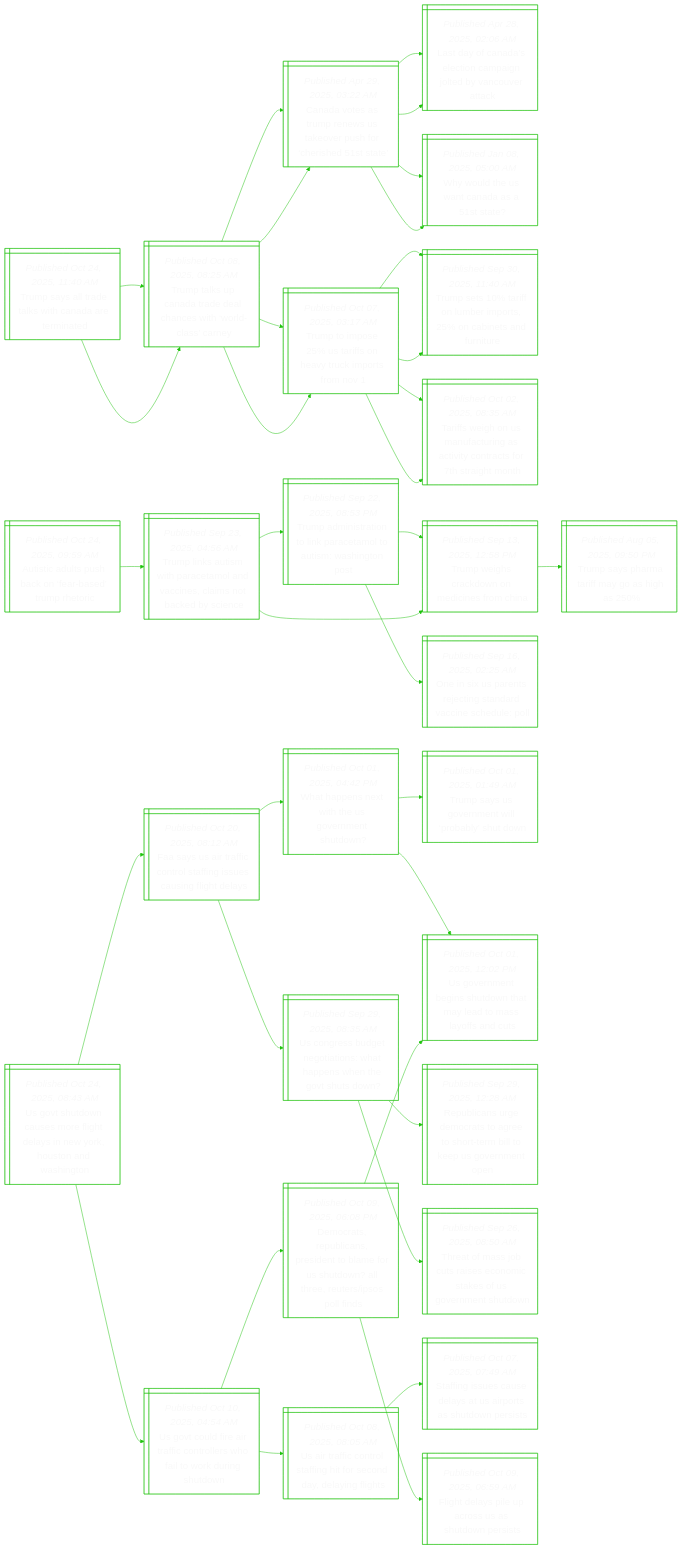
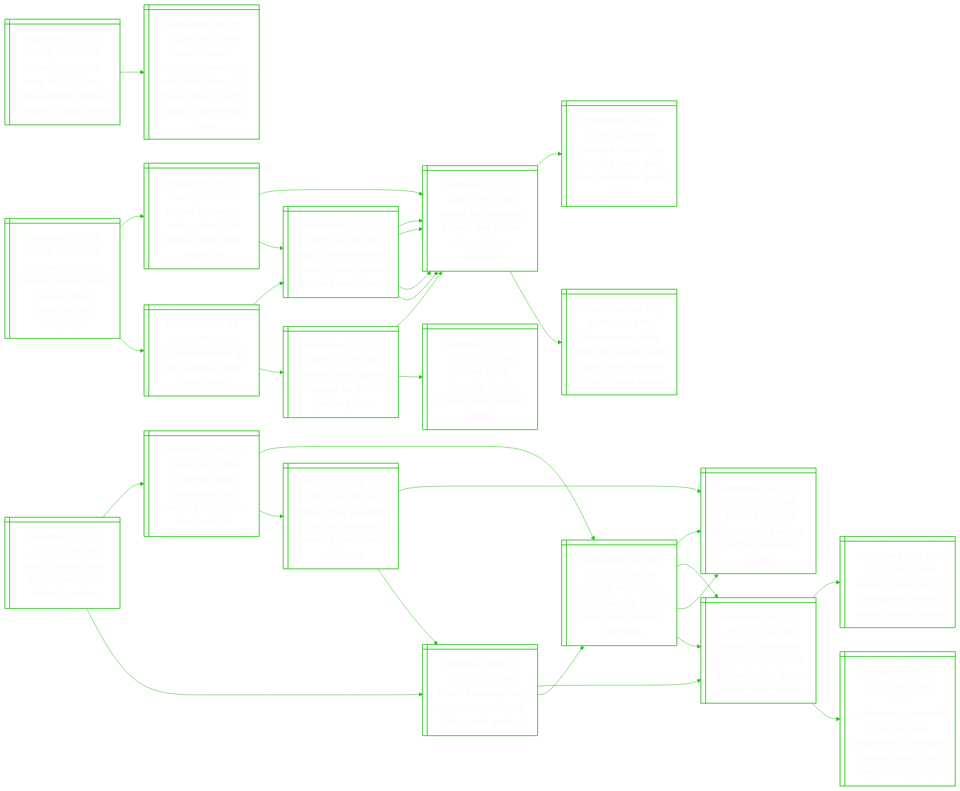
Before and after one commit to notJmes/notJmes: the diagram in README.md, drawn with Mermaid. The commit also changed other lines of this file, not shown here.

````diff
--- a/README.md
+++ b/README.md
@@ -16,115 +16,103 @@
 flowchart LR
 classDef txtsize font-size:20px;
 
-Tsldkhdtn@{ shape: win-pane, label: "_Published Oct 24, 2025, 11:40 AM_
-Trump says all trade talks with canada are terminated" }
-Ttuaaanirar@{ shape: win-pane, label: "_Published Oct 08, 2025, 08:25 AM_
-Trump talks up canada trade deal chances with ‘world-class’ carney" }
-CasunSourist@{ shape: win-pane, label: "_Published Apr 29, 2025, 03:22 AM_
-Canada votes as trump renews us takeover push for ‘cherished 51st state’" }
-LaastagtVut@{ shape: win-pane, label: "_Published Apr 28, 2025, 02:06 AM_
-Last day of canada’s election campaign jolted by vancouver attack" }
-Wuenaaa@{ shape: win-pane, label: "_Published Jan 08, 2025, 05:00 AM_
-Why would the us want canada as a 51st state?" }
-TtotfermsN@{ shape: win-pane, label: "_Published Oct 07, 2025, 03:17 AM_
-Trump to impose 25% us tariffs on heavy truck imports from nov 1" }
-Tsaobpoiarr@{ shape: win-pane, label: "_Published Sep 30, 2025, 11:40 AM_
-Trump sets 10% tariff on lumber imports, 25% on cabinets and furniture" }
-TfgSfrsvocrrth@{ shape: win-pane, label: "_Published Oct 02, 2025, 08:35 AM_
-Tariffs weigh on us manufacturing as activity contracts for 7th straight month" }
-Ttuaaanirar@{ shape: win-pane, label: "_Published Oct 08, 2025, 08:25 AM_
-Trump talks up canada trade deal chances with ‘world-class’ carney" }
-CasunSourist@{ shape: win-pane, label: "_Published Apr 29, 2025, 03:22 AM_
-Canada votes as trump renews us takeover push for ‘cherished 51st state’" }
-LaastagtVut@{ shape: win-pane, label: "_Published Apr 28, 2025, 02:06 AM_
-Last day of canada’s election campaign jolted by vancouver attack" }
-Wuenaaa@{ shape: win-pane, label: "_Published Jan 08, 2025, 05:00 AM_
-Why would the us want canada as a 51st state?" }
-TtotfermsN@{ shape: win-pane, label: "_Published Oct 07, 2025, 03:17 AM_
-Trump to impose 25% us tariffs on heavy truck imports from nov 1" }
-Tsaobpoiarr@{ shape: win-pane, label: "_Published Sep 30, 2025, 11:40 AM_
-Trump sets 10% tariff on lumber imports, 25% on cabinets and furniture" }
-TfgSfrsvocrrth@{ shape: win-pane, label: "_Published Oct 02, 2025, 08:35 AM_
-Tariffs weigh on us manufacturing as activity contracts for 7th straight month" }
+Bsorflafns@{ shape: win-pane, label: "_Published Oct 24, 2025, 03:35 PM_
+British labour party suffers landmark defeat in wales" }
+AornnSevehet@{ shape: win-pane, label: "_Published Sep 29, 2025, 06:03 PM_
+At labour party conference, pm starmer’s rival steals the limelight" }
+Fedrhtftruon@{ shape: win-pane, label: "_Published Sep 26, 2025, 05:34 PM_
+Farage would win british election if held tomorrow, yougov poll finds" }
+Biptrtdordr@{ shape: win-pane, label: "_Published Sep 22, 2025, 09:06 PM_
+Britain’s populist reform party pledges tougher residency rules" }
+BinumogIwrellgo@{ shape: win-pane, label: "_Published Sep 26, 2025, 02:42 PM_
+Britain to introduce compulsory digital id for workers to deter illegal immigration" }
+Biteemnepnen@{ shape: win-pane, label: "_Published Sep 29, 2025, 05:38 AM_
+Britain may toughen rules for migrants seeking permanent residency" }
+Biptrtdordr@{ shape: win-pane, label: "_Published Sep 22, 2025, 09:06 PM_
+Britain’s populist reform party pledges tougher residency rules" }
+Biacotnnpln@{ shape: win-pane, label: "_Published Sep 28, 2025, 06:13 PM_
+Britain’s starmer calls on party to unite and ‘stop navel-gazing’" }
+Biacotnnpln@{ shape: win-pane, label: "_Published Sep 28, 2025, 06:13 PM_
+Britain’s starmer calls on party to unite and ‘stop navel-gazing’" }
+BinumogIwrellgo@{ shape: win-pane, label: "_Published Sep 26, 2025, 02:42 PM_
+Britain to introduce compulsory digital id for workers to deter illegal immigration" }
+Bisictotmho@{ shape: win-pane, label: "_Published Aug 24, 2025, 09:45 AM_
+Britain’s mass facial recognition roll-out alarms rights groups" }
+ThnealmeEerdnrnt@{ shape: win-pane, label: "_Published Jun 12, 2025, 06:20 PM_
+The schengen agreement at 40: will free movement in europe endure amid rising migrant antipathy?" }
+Fedrhtftruon@{ shape: win-pane, label: "_Published Sep 26, 2025, 05:34 PM_
+Farage would win british election if held tomorrow, yougov poll finds" }
+Biptrtdordr@{ shape: win-pane, label: "_Published Sep 22, 2025, 09:06 PM_
+Britain’s populist reform party pledges tougher residency rules" }
+BinumogIwrellgo@{ shape: win-pane, label: "_Published Sep 26, 2025, 02:42 PM_
+Britain to introduce compulsory digital id for workers to deter illegal immigration" }
 
-Tsldkhdtn:::txtsize --> Ttuaaanirar:::txtsize
-Ttuaaanirar:::txtsize --> CasunSourist:::txtsize
-CasunSourist:::txtsize --> LaastagtVut:::txtsize
-CasunSourist:::txtsize --> Wuenaaa:::txtsize
-Ttuaaanirar:::txtsize --> TtotfermsN:::txtsize
-TtotfermsN:::txtsize --> Tsaobpoiarr:::txtsize
-TtotfermsN:::txtsize --> TfgSfrsvocrrth:::txtsize
-Tsldkhdtn:::txtsize --> Ttuaaanirar:::txtsize
-Ttuaaanirar:::txtsize --> CasunSourist:::txtsize
-CasunSourist:::txtsize --> LaastagtVut:::txtsize
-CasunSourist:::txtsize --> Wuenaaa:::txtsize
-Ttuaaanirar:::txtsize --> TtotfermsN:::txtsize
-TtotfermsN:::txtsize --> Tsaobpoiarr:::txtsize
-TtotfermsN:::txtsize --> TfgSfrsvocrrth:::txtsize
+Bsorflafns:::txtsize --> AornnSevehet:::txtsize
+AornnSevehet:::txtsize --> Fedrhtftruon:::txtsize
+Fedrhtftruon:::txtsize --> Biptrtdordr:::txtsize
+Fedrhtftruon:::txtsize --> BinumogIwrellgo:::txtsize
+AornnSevehet:::txtsize --> Biteemnepnen:::txtsize
+Biteemnepnen:::txtsize --> Biptrtdordr:::txtsize
+Biteemnepnen:::txtsize --> Biacotnnpln:::txtsize
+Bsorflafns:::txtsize --> Biacotnnpln:::txtsize
+Biacotnnpln:::txtsize --> BinumogIwrellgo:::txtsize
+BinumogIwrellgo:::txtsize --> Bisictotmho:::txtsize
+BinumogIwrellgo:::txtsize --> ThnealmeEerdnrnt:::txtsize
+Biacotnnpln:::txtsize --> Fedrhtftruon:::txtsize
+Fedrhtftruon:::txtsize --> Biptrtdordr:::txtsize
+Fedrhtftruon:::txtsize --> BinumogIwrellgo:::txtsize
 
-Atuucesuec@{ shape: win-pane, label: "_Published Oct 24, 2025, 09:59 AM_
-Autistic adults push back on ‘fear-based’ trump rhetoric" }
-Tlampelaeitece@{ shape: win-pane, label: "_Published Sep 23, 2025, 04:56 AM_
-Trump links autism with paracetamol and vaccines, claims not backed by science" }
-Taitopeltago@{ shape: win-pane, label: "_Published Sep 22, 2025, 08:53 PM_
-Trump administration to link paracetamol to autism: washington post" }
-TwskoisC@{ shape: win-pane, label: "_Published Sep 13, 2025, 12:58 PM_
-Trump weighs crackdown on medicines from china" }
-Osptegdaedo@{ shape: win-pane, label: "_Published Sep 16, 2025, 02:25 AM_
-One in six us parents rejecting standard vaccine schedule: poll" }
-TwskoisC@{ shape: win-pane, label: "_Published Sep 13, 2025, 12:58 PM_
-Trump weighs crackdown on medicines from china" }
-Tshtfog@{ shape: win-pane, label: "_Published Aug 05, 2025, 09:50 PM_
-Trump says pharma tariff may go as high as 250%" }
+Gnerswwulss@{ shape: win-pane, label: "_Published Oct 24, 2025, 01:40 PM_
+German mothers earn $45,000 less than women without children, study shows" }
+Gurgerketymuawr@{ shape: win-pane, label: "_Published Oct 05, 2024, 10:00 AM_
+Gen z mumz: forgoing careers to raise kids before 30, these young mums buck a nationwide trend" }
 
-Atuucesuec:::txtsize --> Tlampelaeitece:::txtsize
-Tlampelaeitece:::txtsize --> Taitopeltago:::txtsize
-Taitopeltago:::txtsize --> TwskoisC:::txtsize
-Taitopeltago:::txtsize --> Osptegdaedo:::txtsize
-Tlampelaeitece:::txtsize --> TwskoisC:::txtsize
-TwskoisC:::txtsize --> Tshtfog:::txtsize
+Gnerswwulss:::txtsize --> Gurgerketymuawr:::txtsize
 
-UtdamldswHoWn@{ shape: win-pane, label: "_Published Oct 24, 2025, 08:43 AM_
-Us govt shutdown causes more flight delays in new york, houston and washington" }
-Fyifolfscngl@{ shape: win-pane, label: "_Published Oct 20, 2025, 08:12 AM_
-Faa says us air traffic control staffing issues causing flight delays" }
-Waswhomhw@{ shape: win-pane, label: "_Published Oct 01, 2025, 04:42 PM_
-What happens next with the us government shutdown?" }
-TsSrtpbun@{ shape: win-pane, label: "_Published Oct 01, 2025, 01:49 AM_
-Trump says us government will ‘probably’ shut down" }
-Ueniunmaayat@{ shape: win-pane, label: "_Published Oct 01, 2025, 12:02 PM_
-Us government begins shutdown that may lead to mass layoffs and cuts" }
-Ugbttoaphesd@{ shape: win-pane, label: "_Published Sep 29, 2025, 08:35 AM_
-Us congress budget negotiations: what happens when the govt shuts down?" }
-RlsDroeorleomp@{ shape: win-pane, label: "_Published Sep 29, 2025, 12:28 AM_
-Republicans urge democrats to agree to short-term bill to keep us government open" }
-Ttscaemafveun@{ shape: win-pane, label: "_Published Sep 26, 2025, 08:50 AM_
-Threat of mass job cuts raises economic stakes of us government shutdown" }
-Utdaacosawuso@{ shape: win-pane, label: "_Published Oct 10, 2025, 04:54 AM_
-Us govt could fire air traffic controllers who fail to work during shutdown" }
-Utittnfcaaft@{ shape: win-pane, label: "_Published Oct 08, 2025, 08:05 AM_
-Us air traffic control staffing hit for second day, delaying flights" }
-Sisaeaithws@{ shape: win-pane, label: "_Published Oct 07, 2025, 07:49 AM_
-Staffing issues cause delays at us airports as shutdown persists" }
-DreipdoeSdletpon@{ shape: win-pane, label: "_Published Oct 09, 2025, 06:08 PM_
-Democrats, republicans, president to blame for us shutdown? all three, reuters/ipsos poll finds" }
-Ueniunmaayat@{ shape: win-pane, label: "_Published Oct 01, 2025, 12:02 PM_
-Us government begins shutdown that may lead to mass layoffs and cuts" }
-FtyerSuni@{ shape: win-pane, label: "_Published Oct 09, 2025, 06:59 AM_
-Flight delays pile up across us as shutdown persists" }
+Gnahrieohlhci@{ shape: win-pane, label: "_Published Oct 24, 2025, 01:32 PM_
+German company behind truck-lift used in louvre heist launches ad campaign" }
+LeePOhretmu@{ shape: win-pane, label: "_Published Oct 20, 2025, 01:01 AM_
+Louvre robbery in paris: other high-profile heists from museums" }
+Ptineluiisey@{ shape: win-pane, label: "_Published Oct 19, 2025, 05:51 PM_
+Power tool-wielding thieves flee louvre with ‘priceless’ jewellery" }
+GpboiPoidaes@{ shape: win-pane, label: "_Published Apr 28, 2025, 01:06 PM_
+‘grandpa robbers’ go on trial in paris over kim kardashian jewel heist" }
+Gpssofemmnsrt@{ shape: win-pane, label: "_Published Jun 02, 2025, 11:15 PM_
+Greenpeace steals $59,000 macron wax figure from museum for anti-russia protest" }
+PLeubhwitea@{ shape: win-pane, label: "_Published Oct 20, 2025, 02:36 AM_
+Paris’ louvre museum robbery: what jewels did the thieves steal?" }
+Ptineluiisey@{ shape: win-pane, label: "_Published Oct 19, 2025, 05:51 PM_
+Power tool-wielding thieves flee louvre with ‘priceless’ jewellery" }
+Ptineluiisey@{ shape: win-pane, label: "_Published Oct 19, 2025, 05:51 PM_
+Power tool-wielding thieves flee louvre with ‘priceless’ jewellery" }
+FeiDmaLet@{ shape: win-pane, label: "_Published Oct 24, 2025, 08:11 AM_
+France examining dna samples after louvre heist" }
+PLeubhwitea@{ shape: win-pane, label: "_Published Oct 20, 2025, 02:36 AM_
+Paris’ louvre museum robbery: what jewels did the thieves steal?" }
+Ptineluiisey@{ shape: win-pane, label: "_Published Oct 19, 2025, 05:51 PM_
+Power tool-wielding thieves flee louvre with ‘priceless’ jewellery" }
+Ptineluiisey@{ shape: win-pane, label: "_Published Oct 19, 2025, 05:51 PM_
+Power tool-wielding thieves flee louvre with ‘priceless’ jewellery" }
+LefeVfeei@{ shape: win-pane, label: "_Published Oct 23, 2025, 12:47 AM_
+Louvre chief blames cctv gaps for $130m jewellery heist" }
+Ptineluiisey@{ shape: win-pane, label: "_Published Oct 19, 2025, 05:51 PM_
+Power tool-wielding thieves flee louvre with ‘priceless’ jewellery" }
+LesuFhnlib@{ shape: win-pane, label: "_Published Oct 22, 2025, 09:30 AM_
+Louvre tours featuring french crown jewels now in doubt" }
 
-UtdamldswHoWn:::txtsize --> Fyifolfscngl:::txtsize
-Fyifolfscngl:::txtsize --> Waswhomhw:::txtsize
-Waswhomhw:::txtsize --> TsSrtpbun:::txtsize
-Waswhomhw:::txtsize --> Ueniunmaayat:::txtsize
-Fyifolfscngl:::txtsize --> Ugbttoaphesd:::txtsize
-Ugbttoaphesd:::txtsize --> RlsDroeorleomp:::txtsize
-Ugbttoaphesd:::txtsize --> Ttscaemafveun:::txtsize
-UtdamldswHoWn:::txtsize --> Utdaacosawuso:::txtsize
-Utdaacosawuso:::txtsize --> Utittnfcaaft:::txtsize
-Utittnfcaaft:::txtsize --> Sisaeaithws:::txtsize
-Utdaacosawuso:::txtsize --> DreipdoeSdletpon:::txtsize
-DreipdoeSdletpon:::txtsize --> Ueniunmaayat:::txtsize
-DreipdoeSdletpon:::txtsize --> FtyerSuni:::txtsize
+Gnahrieohlhci:::txtsize --> LeePOhretmu:::txtsize
+LeePOhretmu:::txtsize --> Ptineluiisey:::txtsize
+Ptineluiisey:::txtsize --> GpboiPoidaes:::txtsize
+Ptineluiisey:::txtsize --> Gpssofemmnsrt:::txtsize
+LeePOhretmu:::txtsize --> PLeubhwitea:::txtsize
+PLeubhwitea:::txtsize --> Ptineluiisey:::txtsize
+PLeubhwitea:::txtsize --> Ptineluiisey:::txtsize
+Gnahrieohlhci:::txtsize --> FeiDmaLet:::txtsize
+FeiDmaLet:::txtsize --> PLeubhwitea:::txtsize
+PLeubhwitea:::txtsize --> Ptineluiisey:::txtsize
+PLeubhwitea:::txtsize --> Ptineluiisey:::txtsize
+FeiDmaLet:::txtsize --> LefeVfeei:::txtsize
+LefeVfeei:::txtsize --> Ptineluiisey:::txtsize
+LefeVfeei:::txtsize --> LesuFhnlib:::txtsize
 
 ```
````
